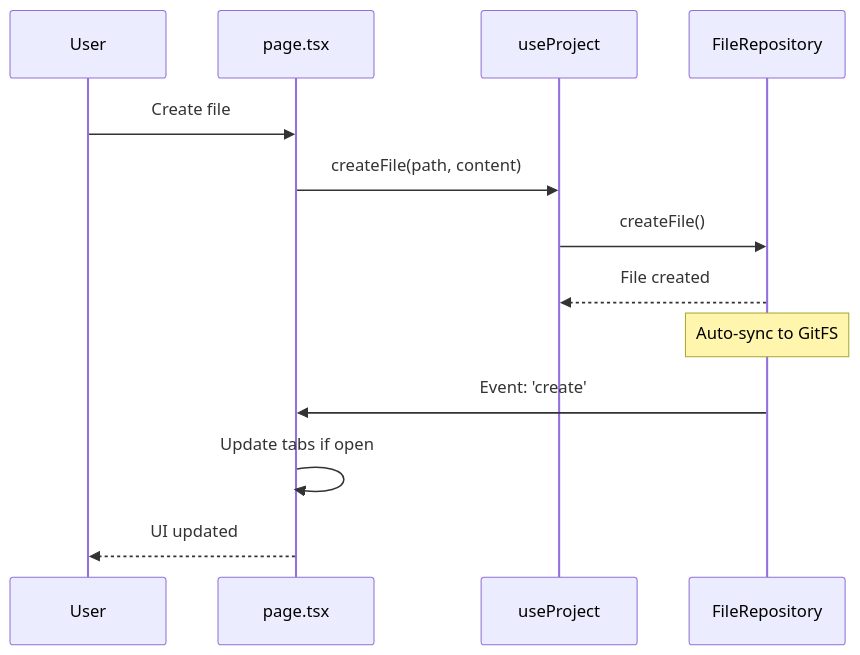
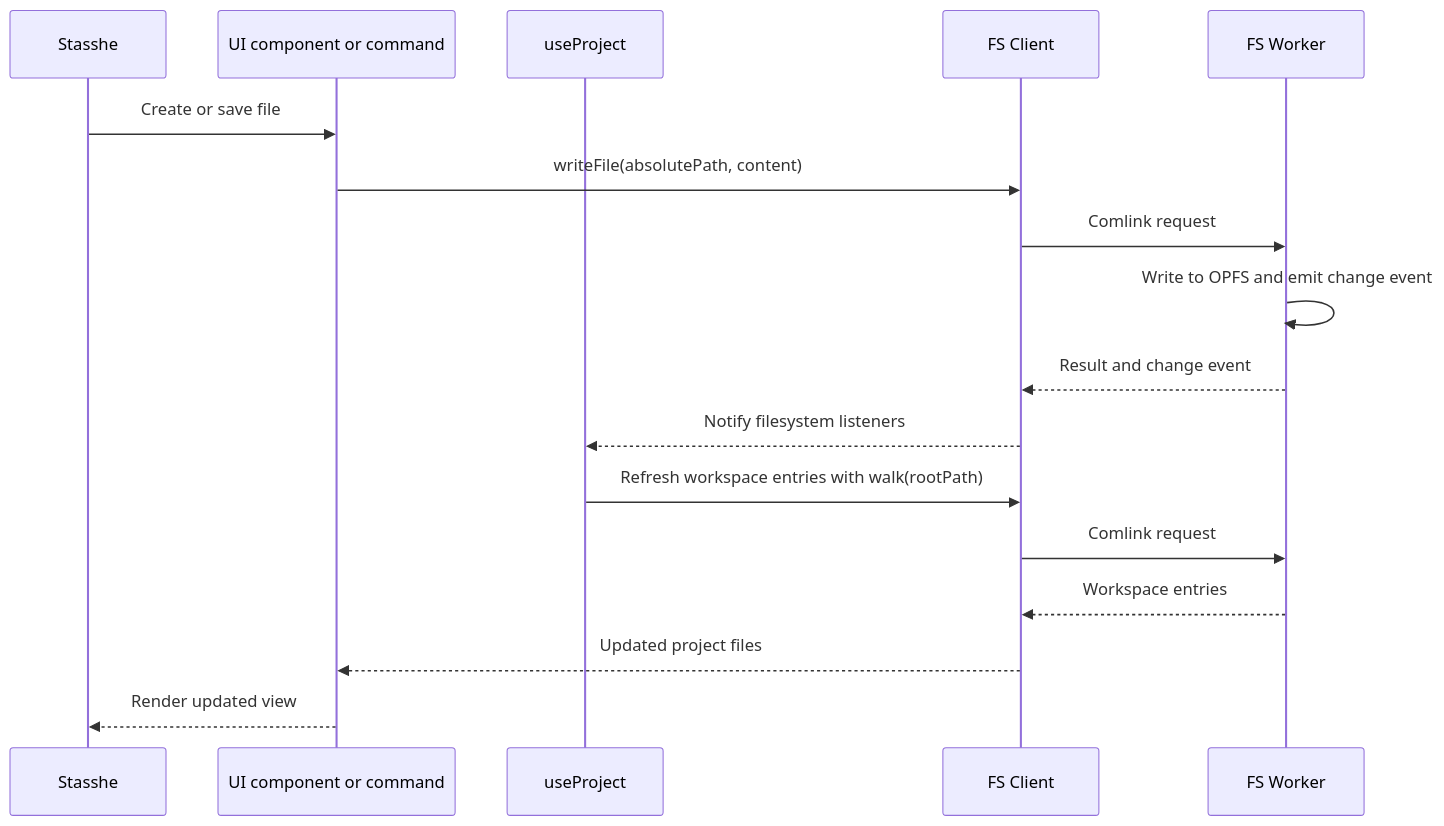
The fourth of 25 diagrams in docs/UI-COMPONENTS.md (Stasshe/Pyxis-CodeCanvas), drawn with Mermaid before and after one commit. The commit also changed other lines of this file and 330 other files, not shown here.

````diff
--- a/docs/UI-COMPONENTS.md
+++ b/docs/UI-COMPONENTS.md
@@ -118,16 +133,20 @@
 ```mermaid
 sequenceDiagram
-    participant USER as User
-    participant PAGE as page.tsx
-    participant HOOK as useProject
-    participant REPO as FileRepository
+    participant STASSHE as Stasshe
+    participant UI as UI component or command
+    participant PROJECT as useProject
+    participant CLIENT as FS Client
+    participant WORKER as FS Worker
 
-    USER->>PAGE: Create file
-    PAGE->>HOOK: createFile(path, content)
-    HOOK->>REPO: createFile()
-    REPO-->>HOOK: File created
-    Note over REPO: Auto-sync to GitFS
-    REPO->>PAGE: Event: 'create'
-    PAGE->>PAGE: Update tabs if open
-    PAGE-->>USER: UI updated
+    STASSHE->>UI: Create or save file
+    UI->>CLIENT: writeFile(absolutePath, content)
+    CLIENT->>WORKER: Comlink request
+    WORKER->>WORKER: Write to OPFS and emit change event
+    WORKER-->>CLIENT: Result and change event
+    CLIENT-->>PROJECT: Notify filesystem listeners
+    PROJECT->>CLIENT: Refresh workspace entries with walk(rootPath)
+    CLIENT->>WORKER: Comlink request
+    WORKER-->>CLIENT: Workspace entries
+    CLIENT-->>UI: Updated project files
+    UI-->>STASSHE: Render updated view
 ```
````
